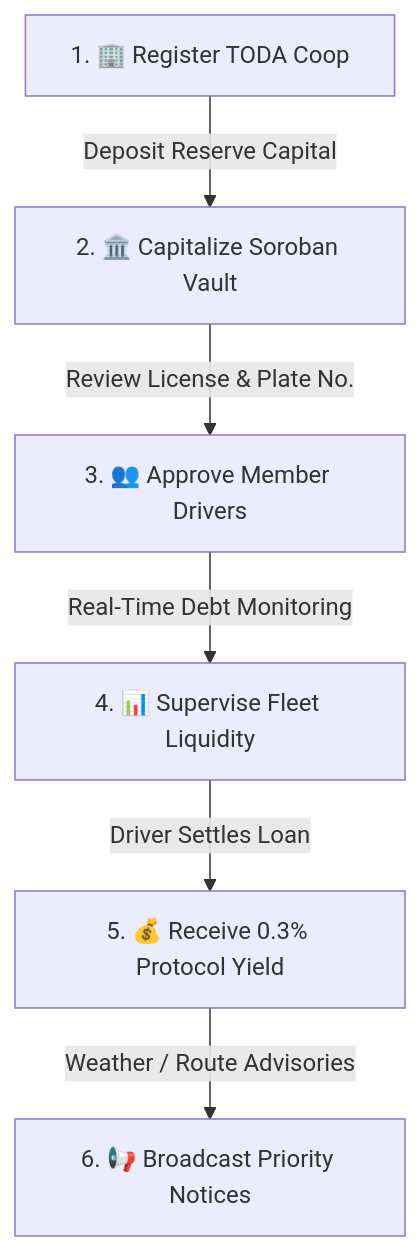
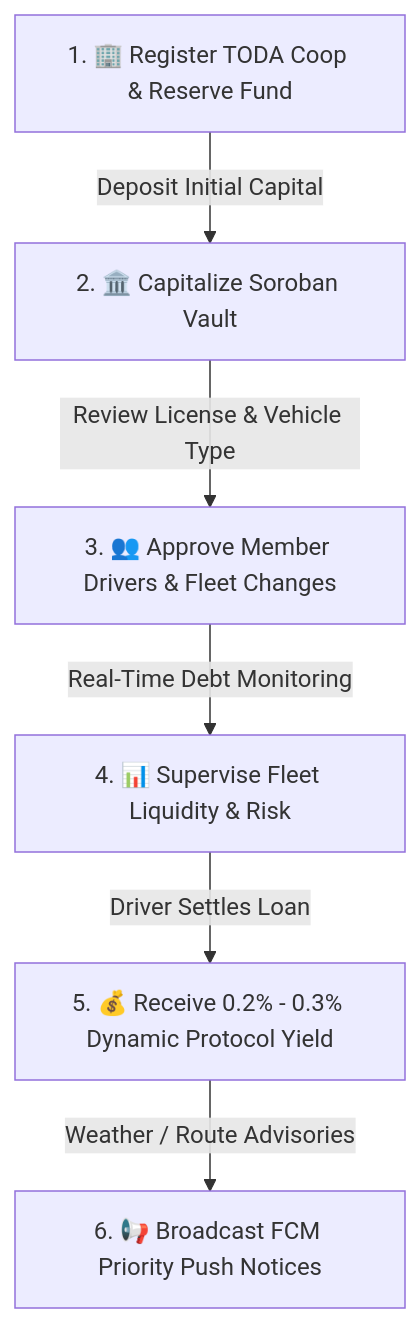
The seventh of 9 diagrams in docs/FLOWCHARTS.md (zneright/mobilis), drawn with Mermaid before and after one commit. The commit also changed other lines of this file and 8 other files, not shown here.

````diff
--- a/docs/FLOWCHARTS.md
+++ b/docs/FLOWCHARTS.md
@@ -75,8 +165,8 @@
 ```mermaid
 flowchart TD
-    A1["1. 🏢 Register TODA Coop"] -->|Deposit Reserve Capital| A2["2. 🏛️ Capitalize Soroban Vault"]
-    A2 -->|Review License & Plate No.| A3["3. 👥 Approve Member Drivers"]
-    A3 -->|Real-Time Debt Monitoring| A4["4. 📊 Supervise Fleet Liquidity"]
-    A4 -->|Driver Settles Loan| A5["5. 💰 Receive 0.3% Protocol Yield"]
-    A5 -->|Weather / Route Advisories| A6["6. 📢 Broadcast Priority Notices"]
+    A1["1. 🏢 Register TODA Coop & Reserve Fund"] -->|Deposit Initial Capital| A2["2. 🏛️ Capitalize Soroban Vault"]
+    A2 -->|Review License & Vehicle Type| A3["3. 👥 Approve Member Drivers & Fleet Changes"]
+    A3 -->|Real-Time Debt Monitoring| A4["4. 📊 Supervise Fleet Liquidity & Risk"]
+    A4 -->|Driver Settles Loan| A5["5. 💰 Receive 0.2% - 0.3% Dynamic Protocol Yield"]
+    A5 -->|Weather / Route Advisories| A6["6. 📢 Broadcast FCM Priority Push Notices"]
 ```
````
